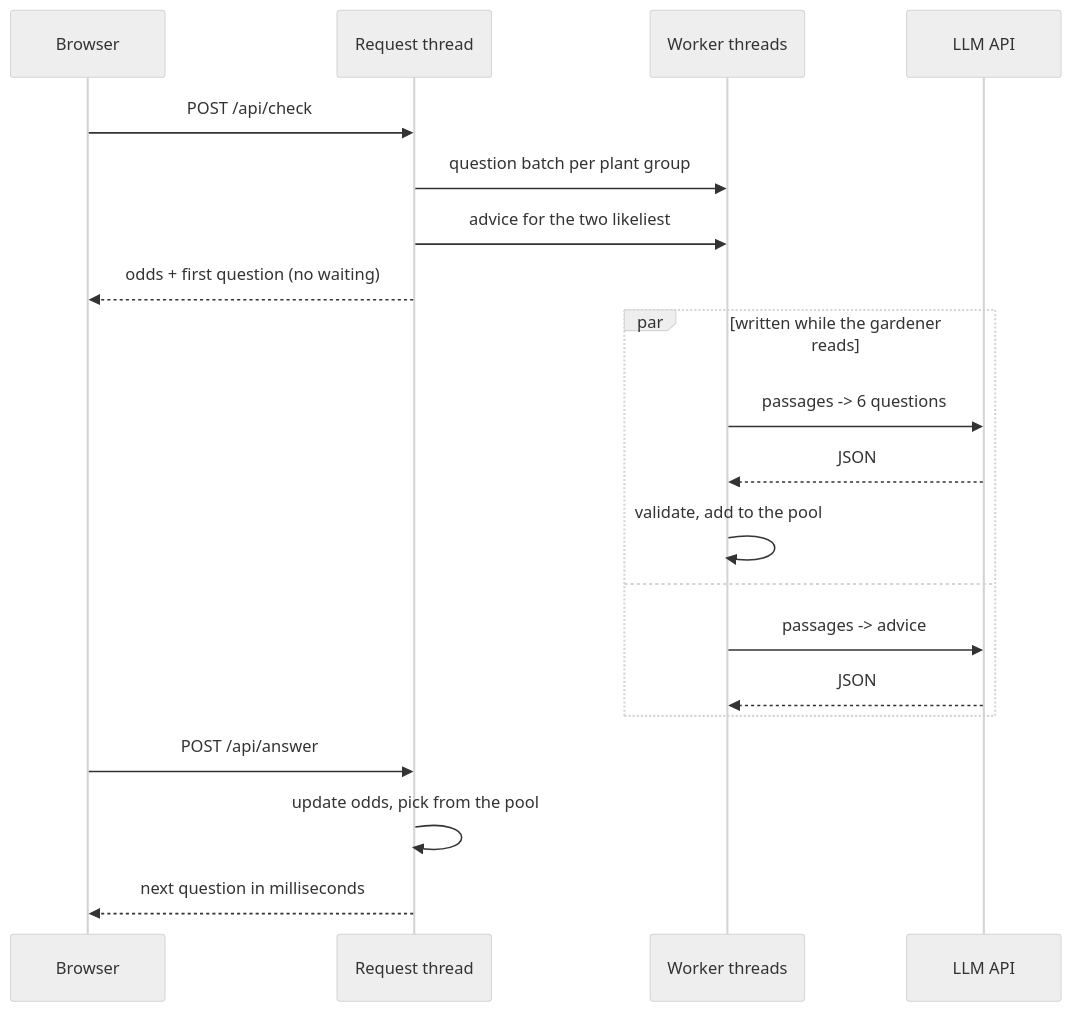
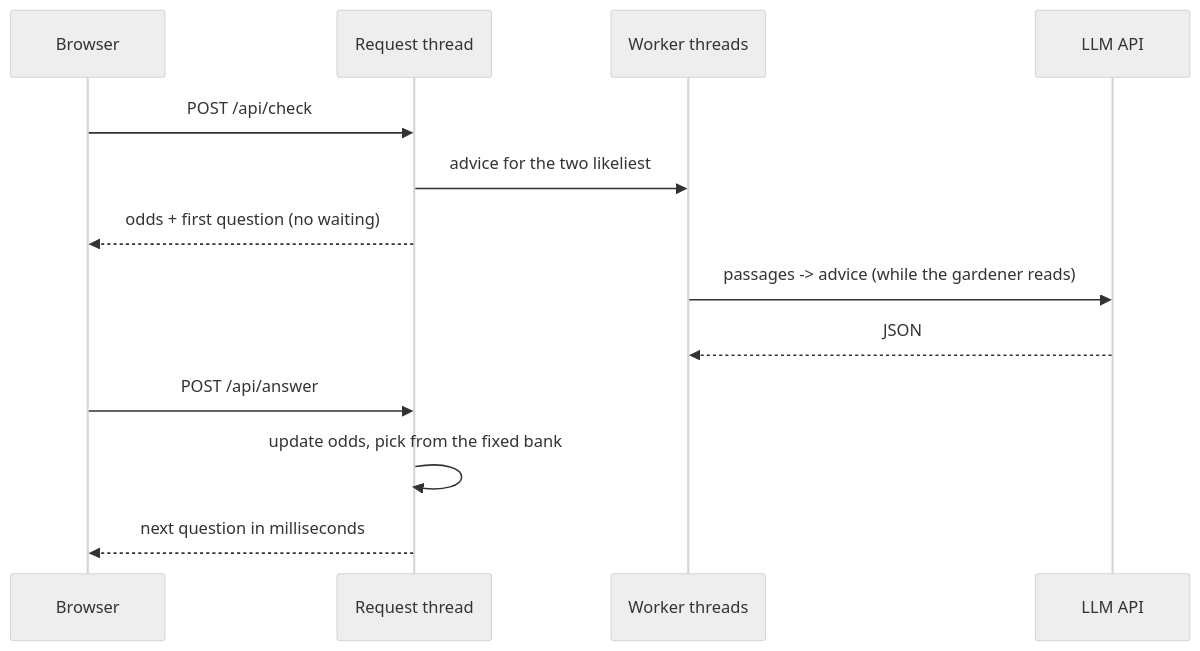
One commit to aakashksen/sprout changed the first of 3 diagrams in docs/architecture/live-demo-server.md. Above: the diagram before and after it, drawn with Mermaid (neutral theme). The commit also changed other lines of this file and 10 other files, not shown here.

Commit message:
Describe the follow-up question engine (E18) in the README, site and architecture pages; fix test count and split wording

````diff
--- a/docs/architecture/live-demo-server.md
+++ b/docs/architecture/live-demo-server.md
@@ -20,23 +20,16 @@
 ```mermaid
 sequenceDiagram
     participant B as Browser
     participant S as Request thread
     participant W as Worker threads
     participant L as LLM API
 
     B->>S: POST /api/check
-    S->>W: question batch per plant group
-    S->>W: advice for the two likeliest
+        S->>W: advice for the two likeliest
     S-->>B: odds + first question (no waiting)
-    par written while the gardener reads
-        W->>L: passages -> 6 questions
-        L-->>W: JSON
-        W->>W: validate, add to the pool
-    and
-        W->>L: passages -> advice
-        L-->>W: JSON
-    end
+    W->>L: passages -> advice (while the gardener reads)
+    L-->>W: JSON
     B->>S: POST /api/answer
-    S->>S: update odds, pick from the pool
+    S->>S: update odds, pick from the fixed bank
     S-->>B: next question in milliseconds
 ```
````
